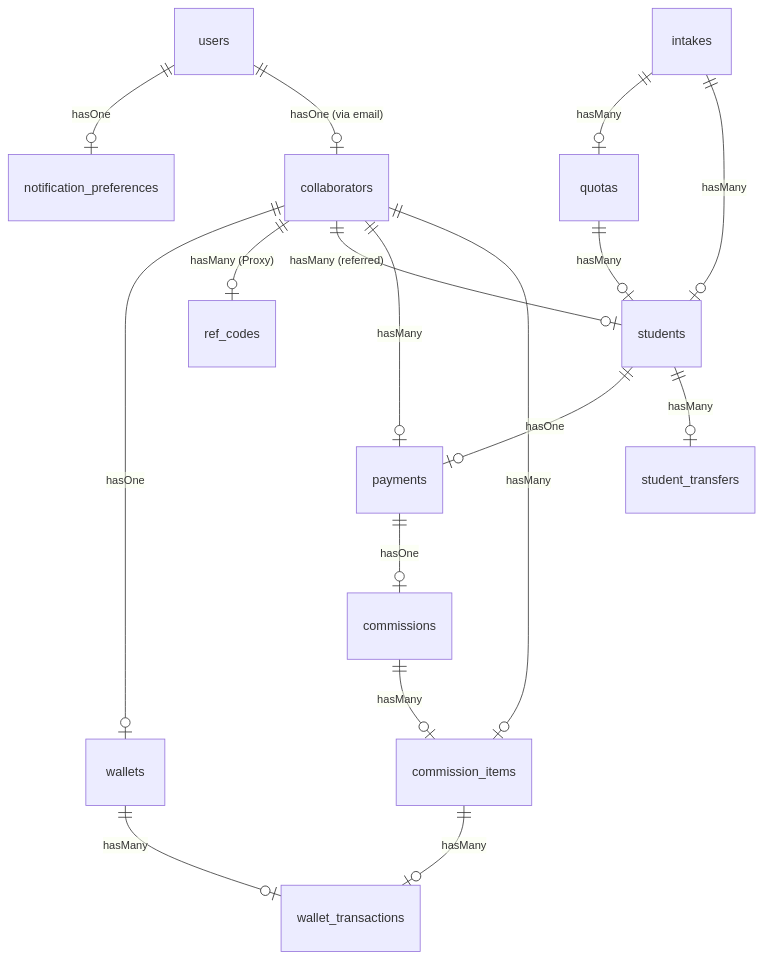
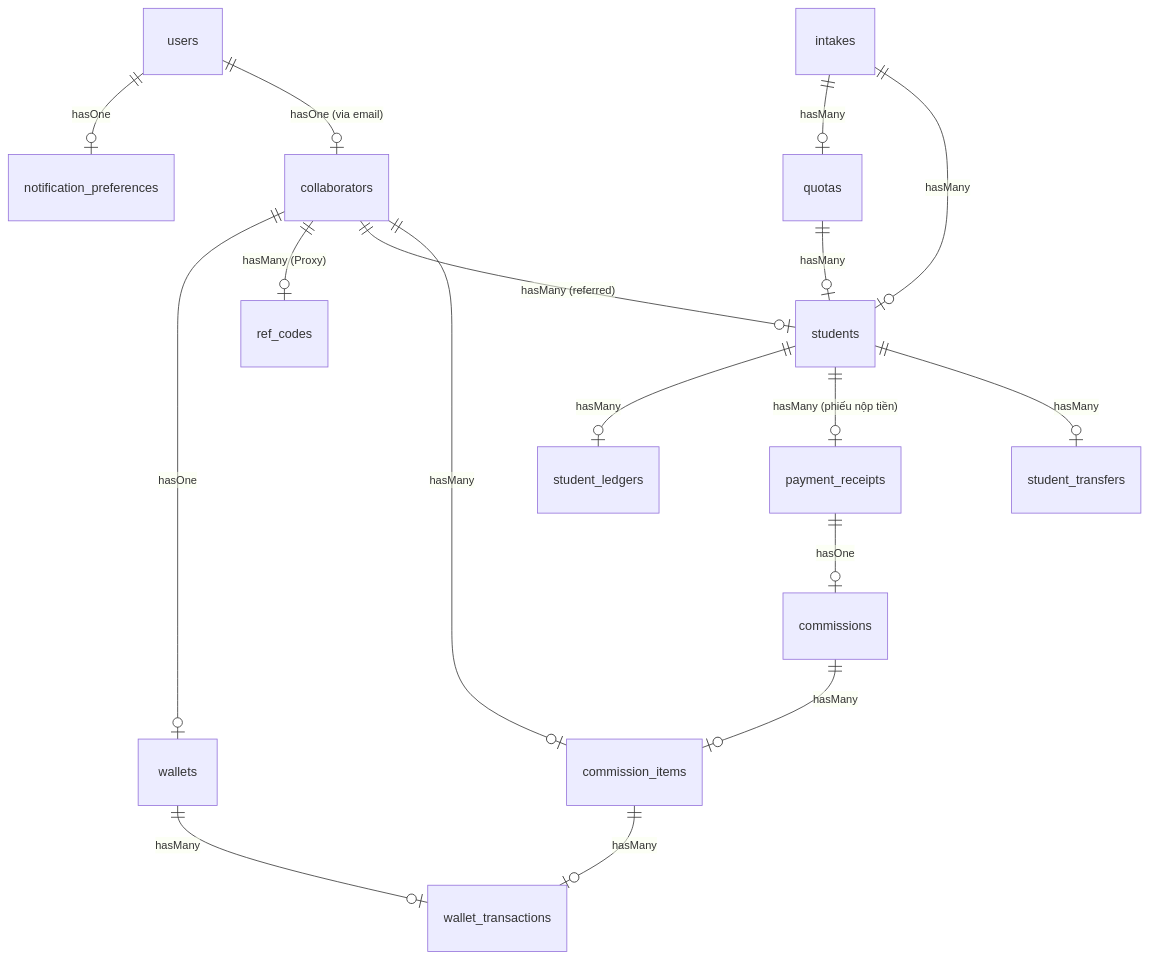
The diagram in docs/business/05-database-analysis.md (datlt2306/crm-lien-thong), drawn with Mermaid before and after one commit. The commit also changed other lines of this file and 32 other files, not shown here.

````diff
--- a/docs/business/05-database-analysis.md
+++ b/docs/business/05-database-analysis.md
@@ -5,19 +5,19 @@
 ```mermaid
 erDiagram
     users ||--o| notification_preferences : "hasOne"
     users ||--o| collaborators : "hasOne (via email)"
     collaborators ||--o| wallets : "hasOne"
     collaborators ||--o| ref_codes : "hasMany (Proxy)"
     collaborators ||--o| students : "hasMany (referred)"
-    collaborators ||--o| payments : "hasMany"
     collaborators ||--o| commission_items : "hasMany"
     wallets ||--o| wallet_transactions : "hasMany"
     intakes ||--o| quotas : "hasMany"
     intakes ||--o| students : "hasMany"
     quotas ||--o| students : "hasMany"
-    students ||--o| payments : "hasOne"
+    students ||--o| student_ledgers : "hasMany"
+    students ||--o| payment_receipts : "hasMany (phiếu nộp tiền)"
     students ||--o| student_transfers : "hasMany"
-    payments ||--o| commissions : "hasOne"
+    payment_receipts ||--o| commissions : "hasOne"
     commissions ||--o| commission_items : "hasMany"
     commission_items ||--o| wallet_transactions : "hasMany"
 ```
````
